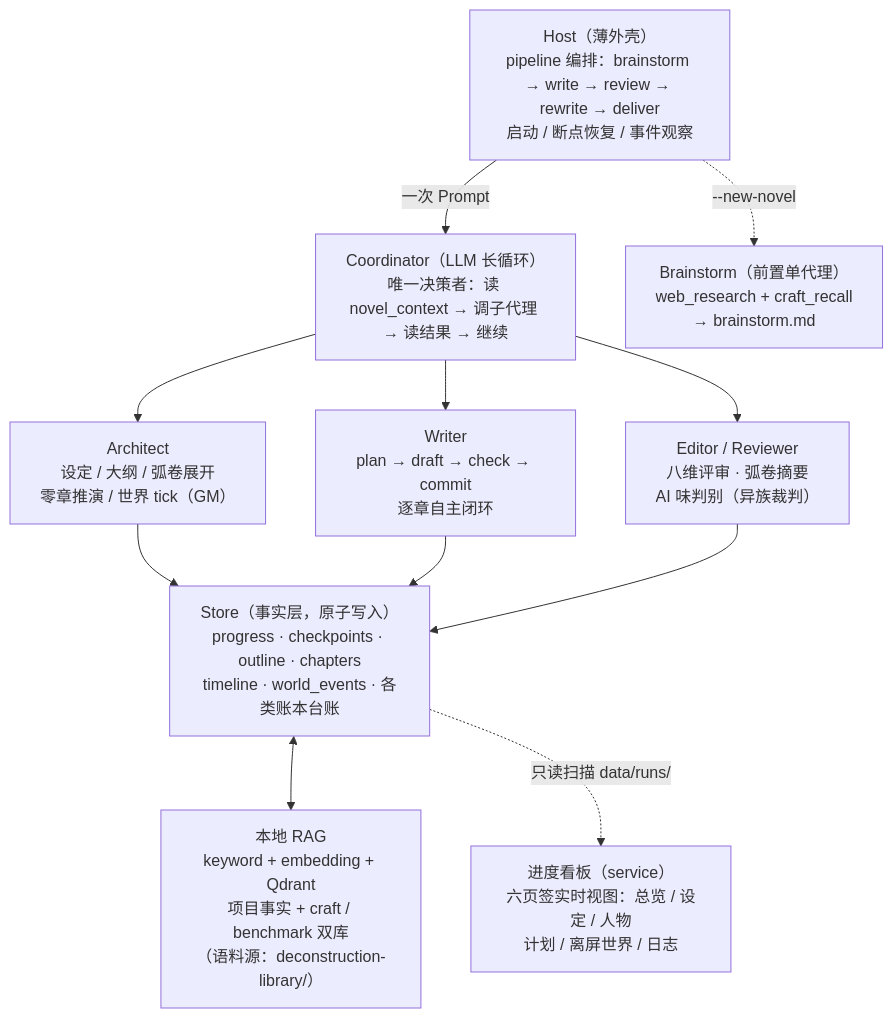
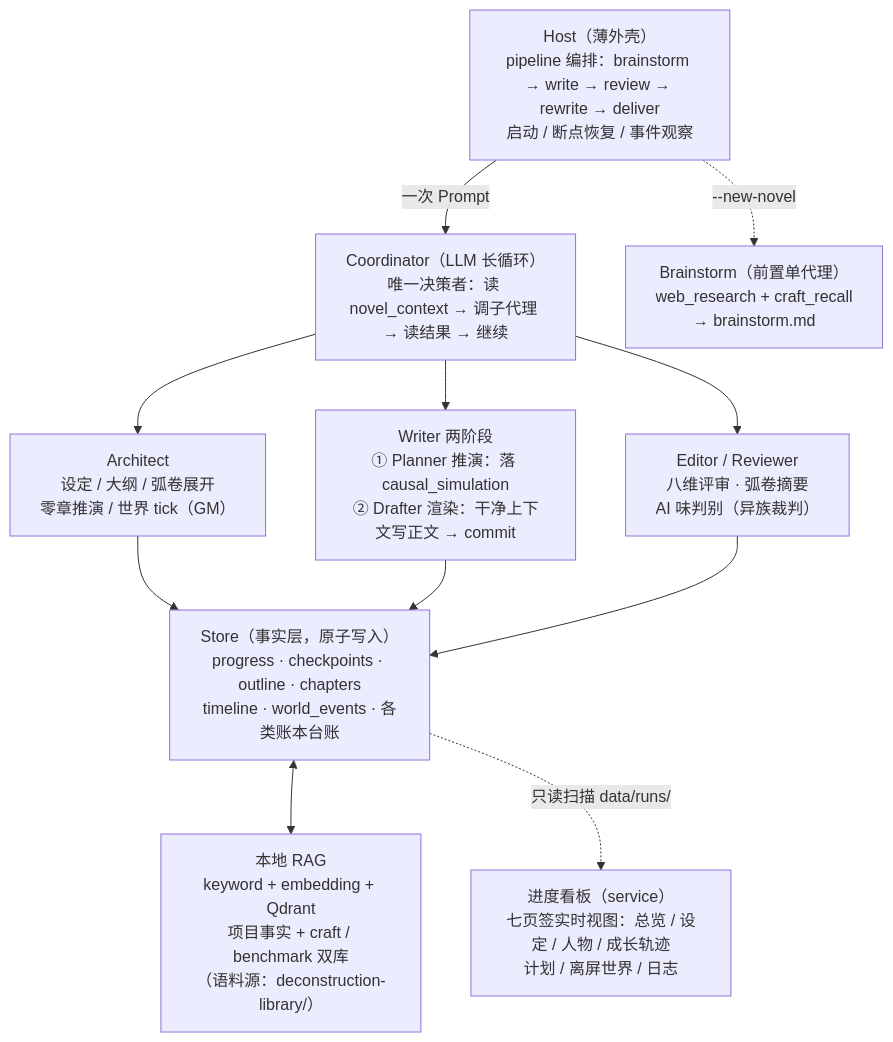
Before and after one commit to Xiaoyangy/novel-studio: the third of 5 diagrams in README.md, drawn with Mermaid. The commit also changed other lines of this file and 1 other file, not shown here.

First line of the commit message:
README 梳理近期变更：Writer 推演/渲染两阶段、web_research、看板成长轨迹

````diff
--- a/README.md
+++ b/README.md
@@ -119,14 +119,14 @@
 ```mermaid
 flowchart TD
     P["Host（薄外壳）<br/>pipeline 编排：brainstorm → write → review → rewrite → deliver<br/>启动 / 断点恢复 / 事件观察"]
     P -->|一次 Prompt| CO["Coordinator（LLM 长循环）<br/>唯一决策者：读 novel_context → 调子代理 → 读结果 → 继续"]
     P -.->|"--new-novel"| BS["Brainstorm（前置单代理）<br/>web_research + craft_recall<br/>→ brainstorm.md"]
     CO --> AR["Architect<br/>设定 / 大纲 / 弧卷展开<br/>零章推演 / 世界 tick（GM）"]
-    CO --> WR["Writer<br/>plan → draft → check → commit<br/>逐章自主闭环"]
+    CO --> WR["Writer 两阶段<br/>① Planner 推演：落 causal_simulation<br/>② Drafter 渲染：干净上下文写正文 → commit"]
     CO --> ED["Editor / Reviewer<br/>八维评审 · 弧卷摘要<br/>AI 味判别（异族裁判）"]
     AR --> ST["Store（事实层，原子写入）<br/>progress · checkpoints · outline · chapters<br/>timeline · world_events · 各类账本台账"]
     WR --> ST
     ED --> ST
     ST <--> RAG["本地 RAG<br/>keyword + embedding + Qdrant<br/>项目事实 + craft / benchmark 双库<br/>（语料源：deconstruction-library/）"]
-    ST -.->|"只读扫描 data/runs/"| VIEW["进度看板（service）<br/>六页签实时视图：总览 / 设定 / 人物<br/>计划 / 离屏世界 / 日志"]
+    ST -.->|"只读扫描 data/runs/"| VIEW["进度看板（service）<br/>七页签实时视图：总览 / 设定 / 人物 / 成长轨迹<br/>计划 / 离屏世界 / 日志"]
 ```
````
